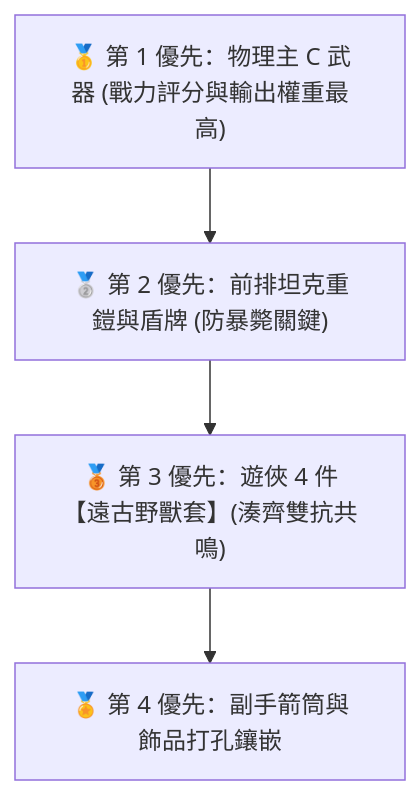
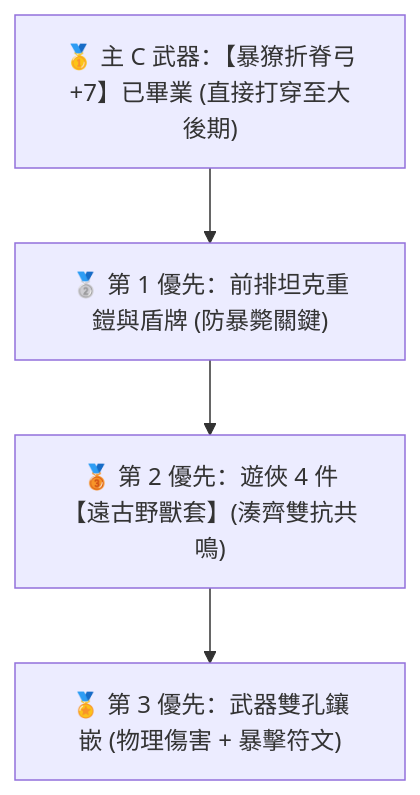
One commit to alu98753/Blackfire-CV-Autopilot changed the sixth of 9 diagrams in meta_data/Game_docs/My_progress/我目前的資訊.md. Above: the diagram before and after it, drawn with Mermaid. The commit also changed other lines of this file, not shown here.

````diff
--- a/meta_data/Game_docs/My_progress/我目前的資訊.md
+++ b/meta_data/Game_docs/My_progress/我目前的資訊.md
@@ -319,6 +327,6 @@
 ```mermaid
 graph TD
-    P1["🥇 第 1 優先：物理主 C 武器 (戰力評分與輸出權重最高)"] --> P2["🥈 第 2 優先：前排坦克重鎧與盾牌 (防暴斃關鍵)"]
-    P2 --> P3["🥉 第 3 優先：遊俠 4 件【遠古野獸套】(湊齊雙抗共鳴)"]
-    P3 --> P4["🏅 第 4 優先：副手箭筒與飾品打孔鑲嵌"]
+    P1["🥇 主 C 武器：【暴獠折脊弓+7】已畢業 (直接打穿至大後期)"] --> P2["🥈 第 1 優先：前排坦克重鎧與盾牌 (防暴斃關鍵)"]
+    P2 --> P3["🥉 第 2 優先：遊俠 4 件【遠古野獸套】(湊齊雙抗共鳴)"]
+    P3 --> P4["🏅 第 3 優先：武器雙孔鑲嵌 (物理傷害 + 暴擊符文)"]
 ```
````
